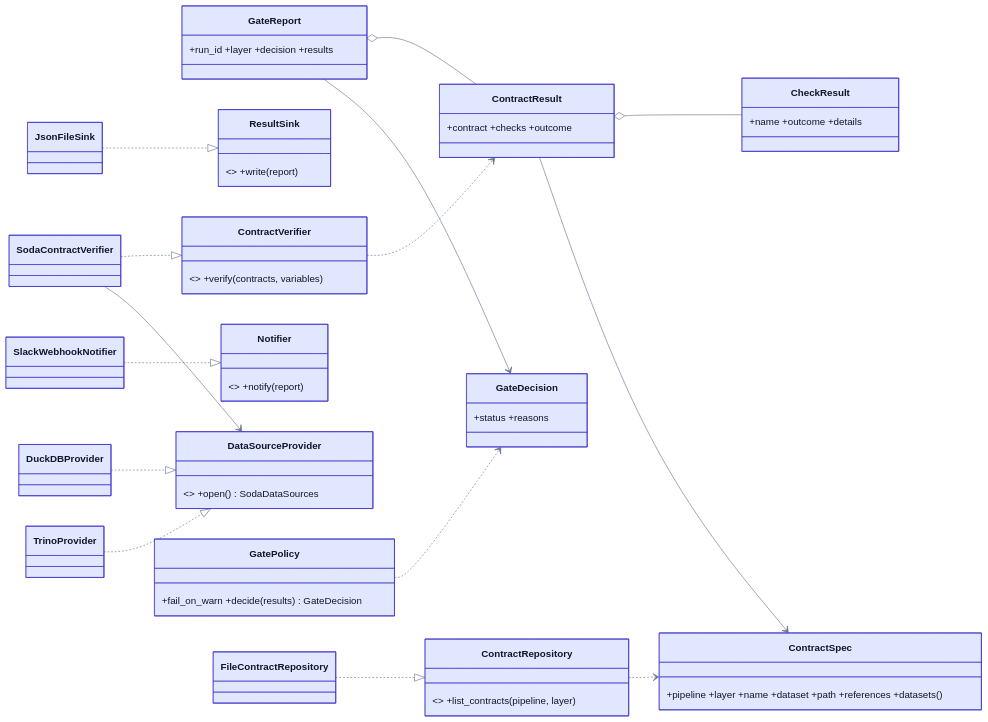
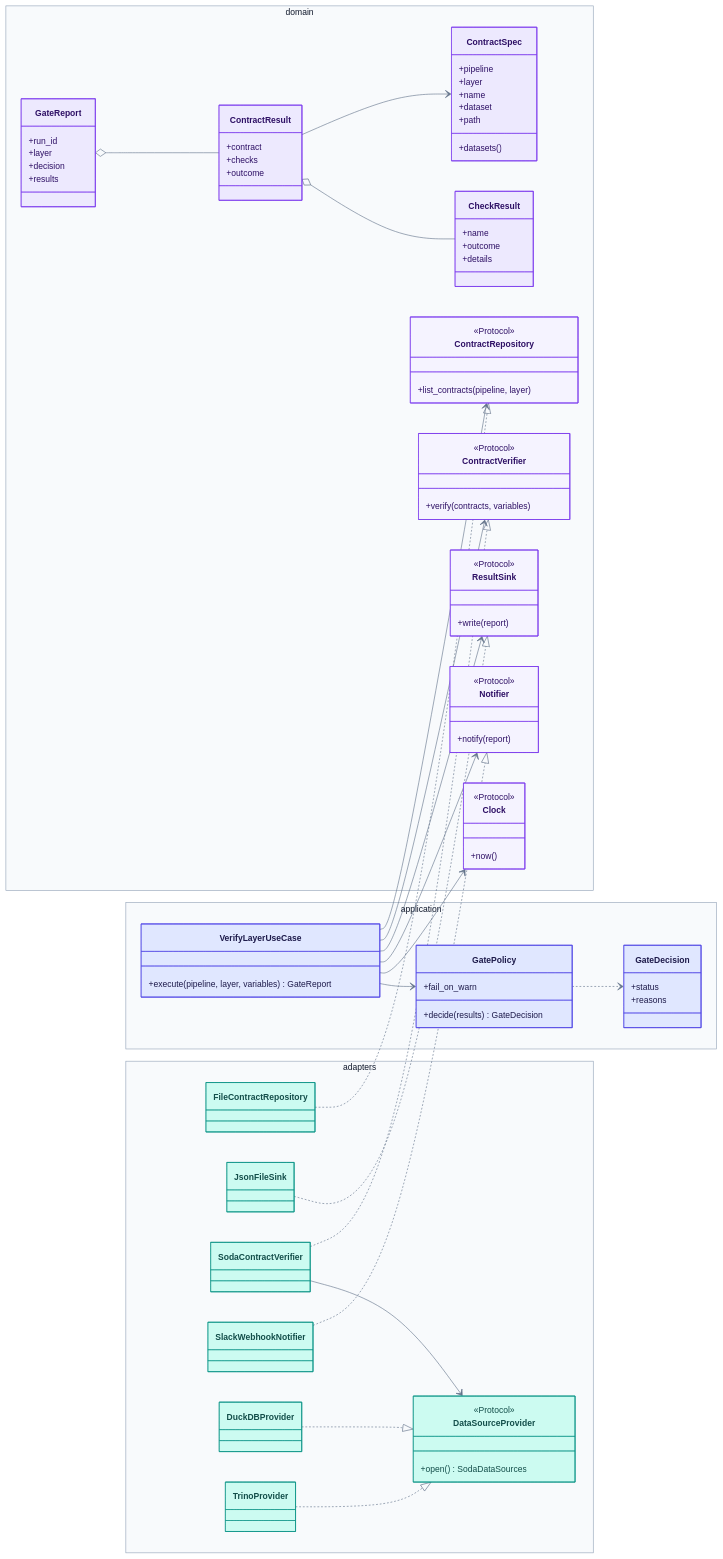
The sixth of 7 diagrams in docs/architecture.md (santoshshinde2012/lakehouse-quality-gates), drawn with Mermaid before and after one commit. The commit also changed other lines of this file and 38 other files, not shown here.

Commit message:
docs: mermaid-only diagrams with professional theme

````diff
--- a/docs/architecture.md
+++ b/docs/architecture.md
@@ -273,25 +318,88 @@
 ```mermaid
-%%{init: {"theme": "base", "themeVariables": {"fontFamily": "Inter, Segoe UI, Helvetica, Arial, sans-serif", "lineColor": "#64748b", "primaryTextColor": "#0f172a", "primaryColor": "#e0e7ff", "primaryBorderColor": "#4338ca", "secondaryColor": "#dcfce7", "tertiaryColor": "#f8fafc", "edgeLabelBackground": "#f8fafc", "actorBkg": "#e0e7ff", "actorBorder": "#4338ca", "noteBkgColor": "#fef3c7", "noteBorderColor": "#b45309", "signalColor": "#334155", "signalTextColor": "#0f172a"}}}%%
+%%{init: {'theme':'base','themeVariables':{'fontFamily':'Inter, system-ui, -apple-system, Segoe UI, Helvetica, Arial, sans-serif','fontSize':'14px','primaryColor':'#eef2ff','primaryTextColor':'#0f172a','primaryBorderColor':'#6366f1','secondaryColor':'#f1f5f9','secondaryTextColor':'#0f172a','secondaryBorderColor':'#94a3b8','tertiaryColor':'#f8fafc','tertiaryTextColor':'#0f172a','tertiaryBorderColor':'#cbd5e1','lineColor':'#64748b','textColor':'#0f172a','nodeTextColor':'#0f172a','titleColor':'#0f172a','clusterBkg':'#f8fafc','clusterBorder':'#94a3b8','edgeLabelBackground':'#ffffff','noteBkgColor':'#fef9c3','noteTextColor':'#422006','noteBorderColor':'#ca8a04','actorBkg':'#eef2ff','actorBorder':'#6366f1','actorTextColor':'#1e1b4b','actorLineColor':'#94a3b8','signalColor':'#334155','signalTextColor':'#0f172a','labelBoxBkgColor':'#eef2ff','labelBoxBorderColor':'#6366f1','labelTextColor':'#1e1b4b','loopTextColor':'#1e1b4b','activationBkgColor':'#e0e7ff','activationBorderColor':'#4f46e5','sequenceNumberColor':'#ffffff','classText':'#0f172a'}}}%%
 classDiagram
   direction LR
-  class ContractSpec { +pipeline +layer +name +dataset +path +references +datasets() }
-  class CheckResult { +name +outcome +details }
-  class ContractResult { +contract +checks +outcome }
-  class GateDecision { +status +reasons }
-  class GateReport { +run_id +layer +decision +results }
-  class ContractRepository { <<Protocol>> +list_contracts(pipeline, layer) }
-  class ContractVerifier { <<Protocol>> +verify(contracts, variables) }
-  class ResultSink { <<Protocol>> +write(report) }
-  class Notifier { <<Protocol>> +notify(report) }
-  class DataSourceProvider { <<Protocol>> +open() SodaDataSources }
-  class GatePolicy { +fail_on_warn +decide(results) GateDecision }
+  namespace domain {
+    class ContractSpec {
+      +pipeline
+      +layer
+      +name
+      +dataset
+      +path
+      +datasets()
+    }
+    class CheckResult {
+      +name
+      +outcome
+      +details
+    }
+    class ContractResult {
+      +contract
+      +checks
+      +outcome
+    }
+    class GateReport {
+      +run_id
+      +layer
+      +decision
+      +results
+    }
+    class ContractRepository {
+      <<Protocol>>
+      +list_contracts(pipeline, layer)
+    }
+    class ContractVerifier {
+      <<Protocol>>
+      +verify(contracts, variables)
+    }
+    class ResultSink {
+      <<Protocol>>
+      +write(report)
+    }
+    class Notifier {
+      <<Protocol>>
+      +notify(report)
+    }
+    class Clock {
+      <<Protocol>>
+      +now()
+    }
+  }
+  namespace application {
+    class GateDecision {
+      +status
+      +reasons
+    }
+    class GatePolicy {
+      +fail_on_warn
+      +decide(results) GateDecision
+    }
+    class VerifyLayerUseCase {
+      +execute(pipeline, layer, variables) GateReport
+    }
+  }
+  namespace adapters {
+    class SodaContractVerifier
+    class DataSourceProvider {
+      <<Protocol>>
+      +open() SodaDataSources
+    }
+    class DuckDBProvider
+    class TrinoProvider
+    class FileContractRepository
+    class JsonFileSink
+    class SlackWebhookNotifier
+  }
   ContractResult o-- CheckResult
   ContractResult --> ContractSpec
   GateReport o-- ContractResult
-  GateReport --> GateDecision
   GatePolicy ..> GateDecision
-  ContractVerifier ..> ContractResult
-  ContractRepository ..> ContractSpec
+  VerifyLayerUseCase --> ContractRepository
+  VerifyLayerUseCase --> ContractVerifier
+  VerifyLayerUseCase --> GatePolicy
+  VerifyLayerUseCase --> ResultSink
+  VerifyLayerUseCase --> Notifier
+  VerifyLayerUseCase --> Clock
   SodaContractVerifier ..|> ContractVerifier
   SodaContractVerifier --> DataSourceProvider
   DuckDBProvider ..|> DataSourceProvider
@@ -299,4 +407,23 @@
   FileContractRepository ..|> ContractRepository
   JsonFileSink ..|> ResultSink
   SlackWebhookNotifier ..|> Notifier
+  style ContractSpec fill:#ede9fe,stroke:#7c3aed,color:#2e1065
+  style CheckResult fill:#ede9fe,stroke:#7c3aed,color:#2e1065
+  style ContractResult fill:#ede9fe,stroke:#7c3aed,color:#2e1065
+  style GateReport fill:#ede9fe,stroke:#7c3aed,color:#2e1065
+  style ContractRepository fill:#f5f3ff,stroke:#7c3aed,color:#2e1065
+  style ContractVerifier fill:#f5f3ff,stroke:#7c3aed,color:#2e1065
+  style ResultSink fill:#f5f3ff,stroke:#7c3aed,color:#2e1065
+  style Notifier fill:#f5f3ff,stroke:#7c3aed,color:#2e1065
+  style Clock fill:#f5f3ff,stroke:#7c3aed,color:#2e1065
+  style GateDecision fill:#e0e7ff,stroke:#4f46e5,color:#1e1b4b
+  style GatePolicy fill:#e0e7ff,stroke:#4f46e5,color:#1e1b4b
+  style VerifyLayerUseCase fill:#e0e7ff,stroke:#4f46e5,color:#1e1b4b
+  style SodaContractVerifier fill:#ccfbf1,stroke:#0d9488,color:#134e4a
+  style DataSourceProvider fill:#ccfbf1,stroke:#0d9488,color:#134e4a
+  style DuckDBProvider fill:#ccfbf1,stroke:#0d9488,color:#134e4a
+  style TrinoProvider fill:#ccfbf1,stroke:#0d9488,color:#134e4a
+  style FileContractRepository fill:#ccfbf1,stroke:#0d9488,color:#134e4a
+  style JsonFileSink fill:#ccfbf1,stroke:#0d9488,color:#134e4a
+  style SlackWebhookNotifier fill:#ccfbf1,stroke:#0d9488,color:#134e4a
 ```
````
